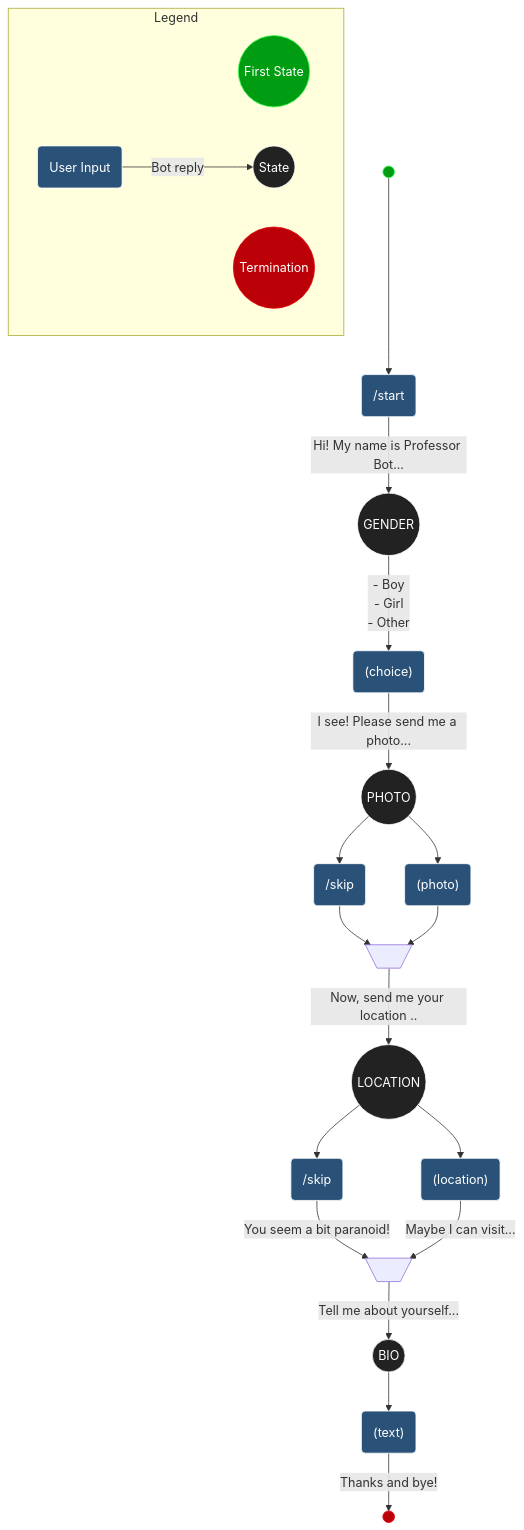
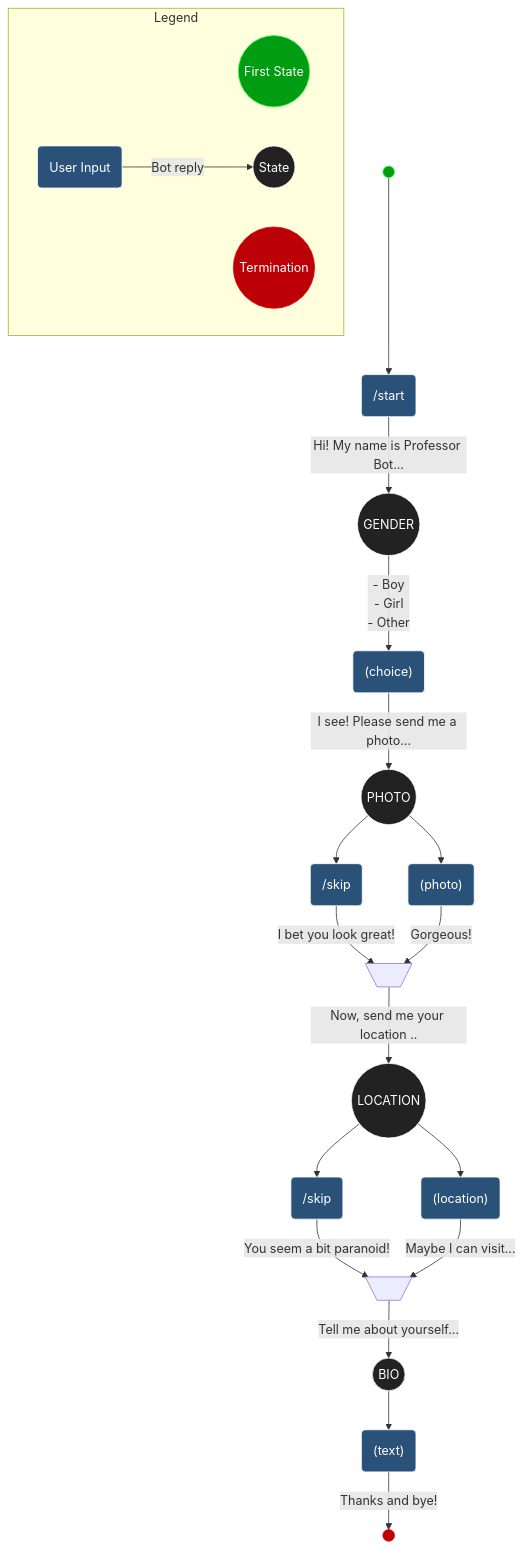
Before and after one commit to python-telegram-bot/python-telegram-bot: the diagram in examples/conversationbot.md, drawn with Mermaid.

Commit message:
include missing bot reply

````diff
--- a/examples/conversationbot.md
+++ b/examples/conversationbot.md
@@ -1,31 +1,31 @@
 ```mermaid
 graph TD
     %% Documentation: https://mermaid-js.github.io/mermaid/#/flowchart
     firstState((" ")):::firstState --> A("/start"):::userInput 
     A -->|Hi! My name is Professor Bot...| B((GENDER)):::state
     B --> |"- Boy <br /> - Girl <br /> - Other"|C("(choice)"):::userInput 
     C --> |I see! Please send me a photo...| D((PHOTO)):::state
     D --> E("/skip"):::userInput
     D --> F("(photo)"):::userInput
-    E --> G[\" "/]
-    F --> G
+    E --> |I bet you look great!| G[\ /]
+    F --> |Gorgeous!| G[\ /]
     G --> |"Now, send me your location .."| H((LOCATION)):::state
     H --> I("/skip"):::userInput
     H --> J("(location)"):::userInput
     I --> |You seem a bit paranoid!| K[\" "/]
     J --> |Maybe I can visit...| K
     K --> |"Tell me about yourself..."| L(("BIO")):::state
     L --> M("(text)"):::userInput
     M --> |"Thanks and bye!"| termination((" ")):::termination
 
     subgraph Legend
     firstStateLegend(("First State")):::firstState
     terminationLegend(("Termination")):::termination
     Y(User Input):::userInput --> |"Bot reply"| Z((State)):::state
     end
 
     classDef userInput  fill:#2a5279, color:#ffffff, stroke:#ffffff
     classDef state fill:#222222, color:#ffffff, stroke:#ffffff
     classDef firstState fill:#009c11, stroke:#42FF57, color:#ffffff
     classDef termination fill:#bb0007, stroke:#E60109, color:#ffffff
 ```
````
